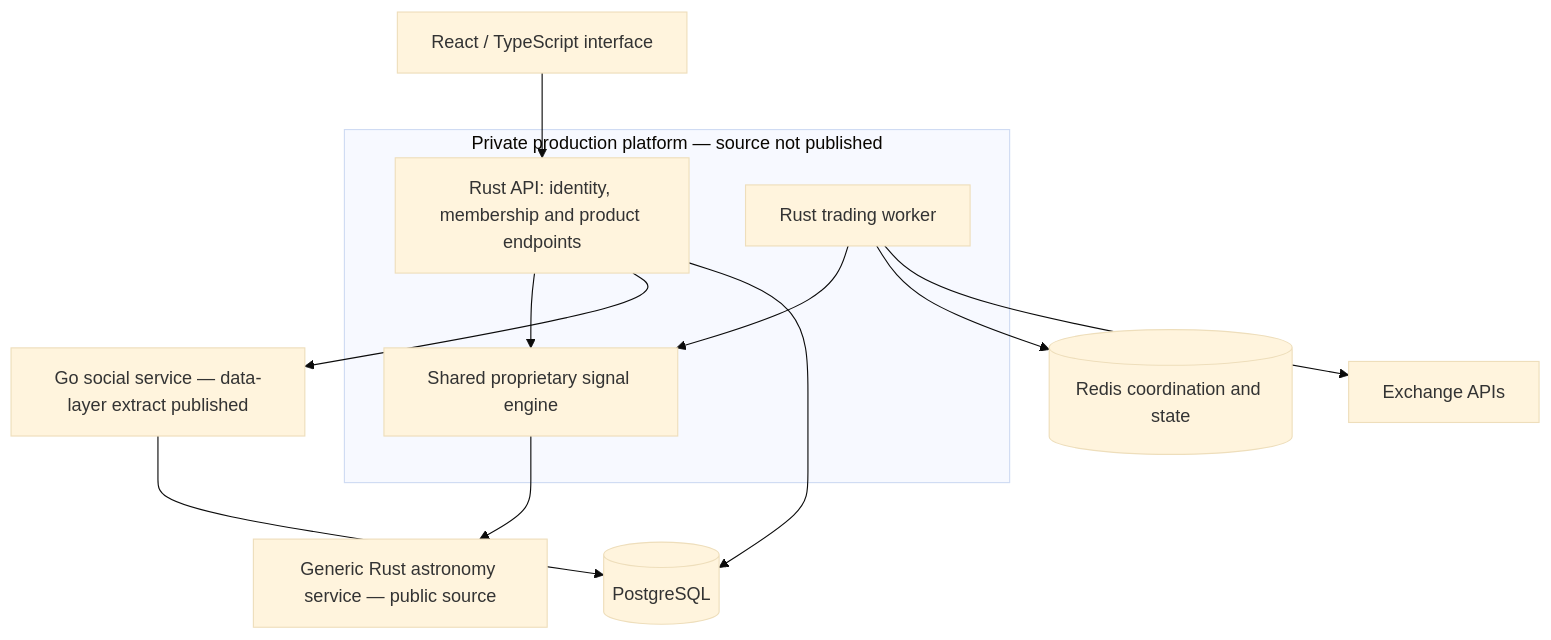
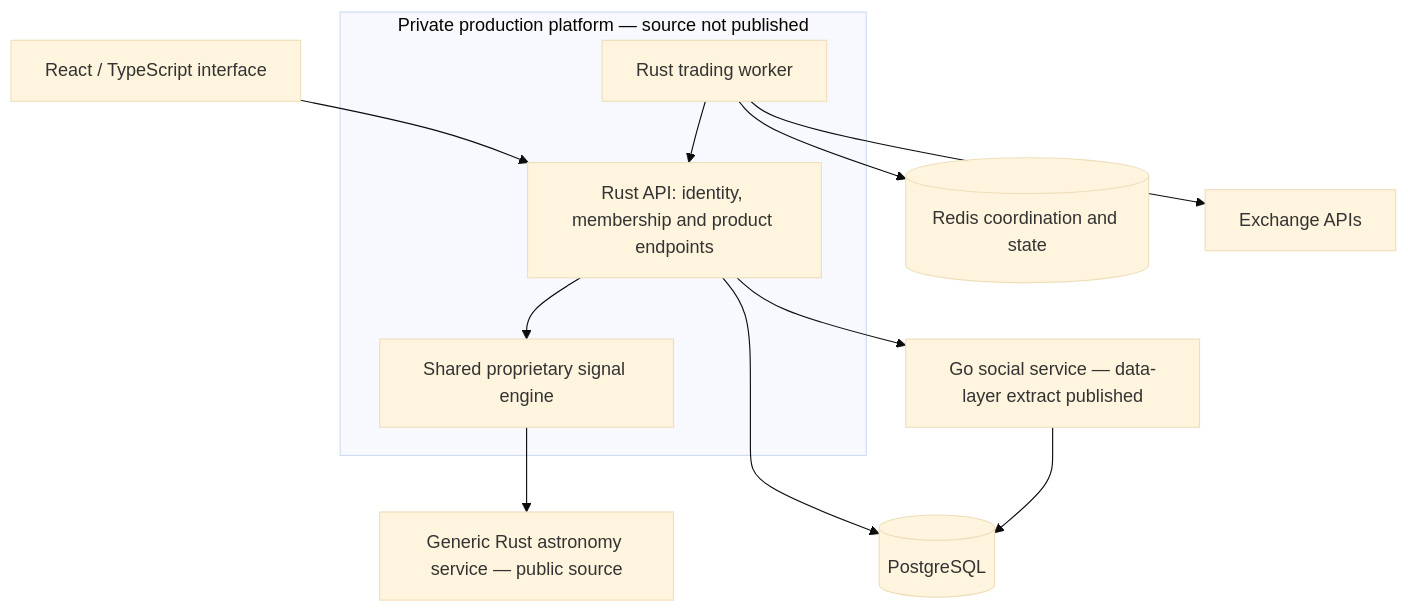
Before and after one commit to agacja/AstradiaPublic: the diagram in README.md, drawn with Mermaid (base theme). The commit also changed other lines of this file and 55 other files, not shown here.

First line of the commit message:
Publish platform primitives, Go primitives, product UI modules and architecture documents

````diff
--- a/README.md
+++ b/README.md
@@ -51,17 +53,17 @@
 ```mermaid
 flowchart TB
     UI["React / TypeScript interface"] --> API
     subgraph PRIVATE["Private production platform — source not published"]
         API["Rust API: identity, membership and product endpoints"]
         CORE["Shared proprietary signal engine"]
         WORKER["Rust trading worker"]
         API --> CORE
-        WORKER --> CORE
+        WORKER --> API
     end
     CORE --> EPH["Generic Rust astronomy service — public source"]
     API --> SOCIAL["Go social service — data-layer extract published"]
     API --> DB[(PostgreSQL)]
     SOCIAL --> DB
     WORKER --> STATE[(Redis coordination and state)]
     WORKER --> EXCHANGE["Exchange APIs"]
 ```
````
